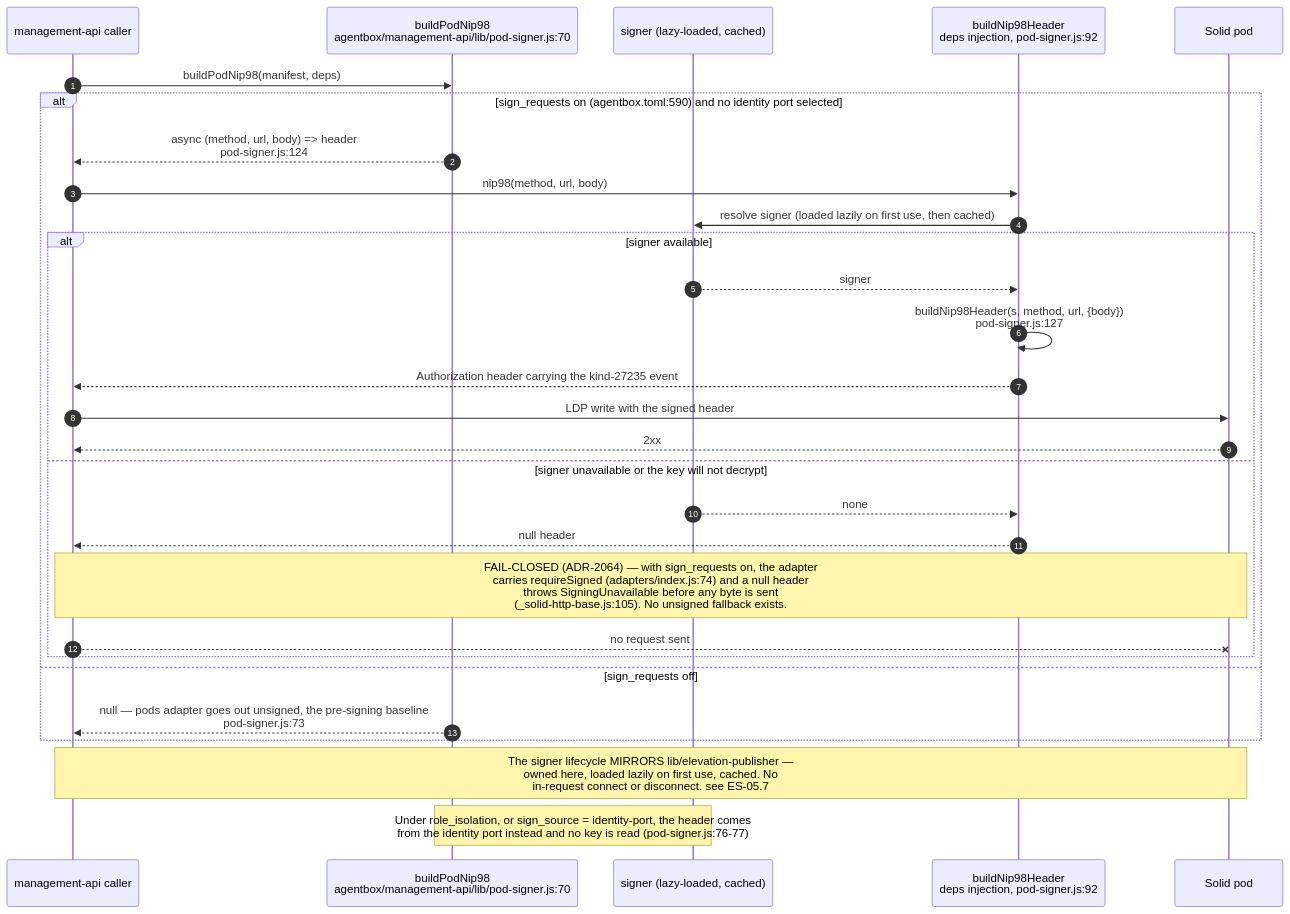
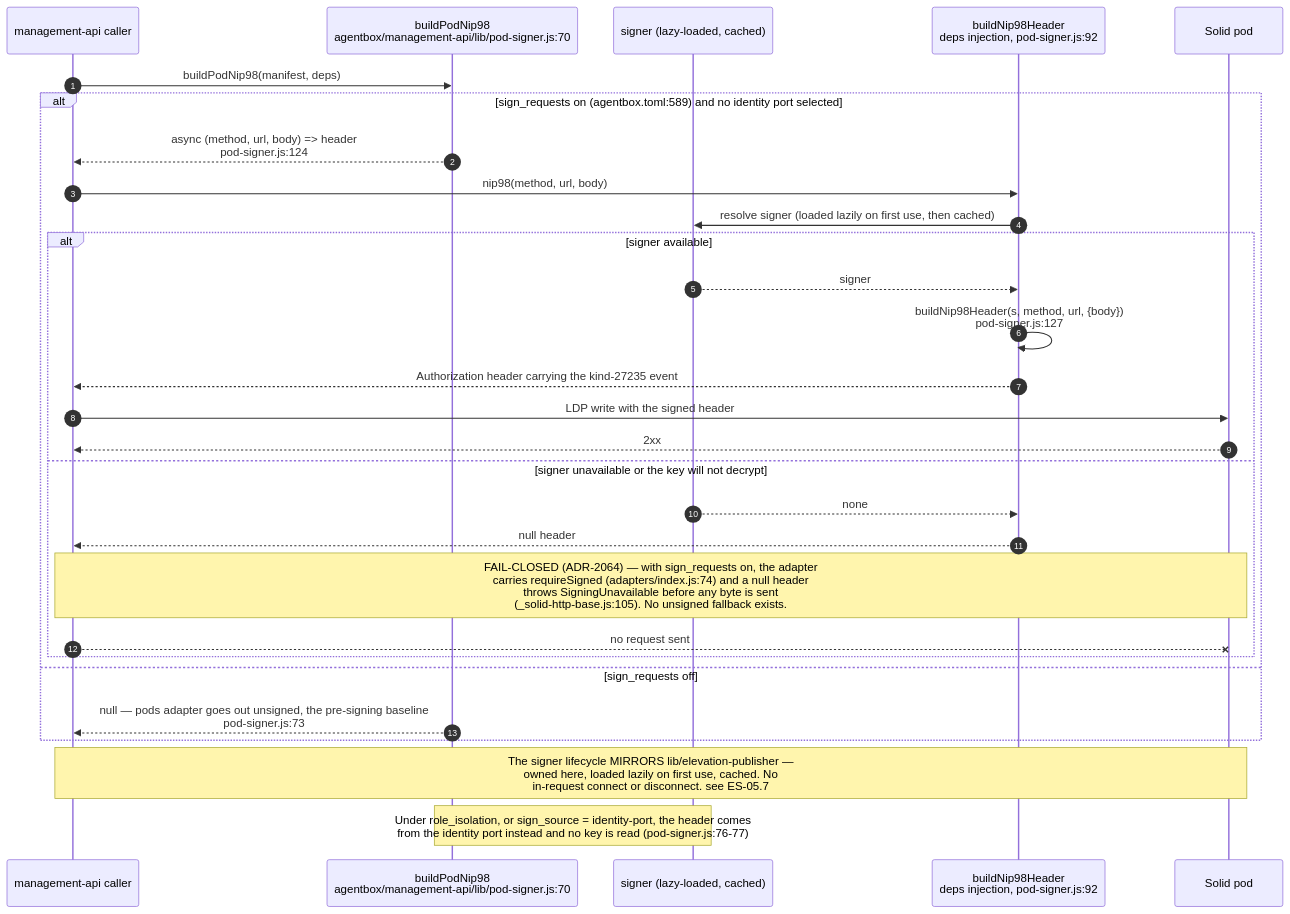
Before and after one commit to DreamLab-AI/VisionFlow: the third of 6 diagrams in docs/diagrams/estate/04-identity-mesh-did-nostr.md, drawn with Mermaid. The commit also changed other lines of this file and 6 other files, not shown here.

````diff
--- a/docs/diagrams/estate/04-identity-mesh-did-nostr.md
+++ b/docs/diagrams/estate/04-identity-mesh-did-nostr.md
@@ -162,32 +165,32 @@
 ```mermaid
 sequenceDiagram
     autonumber
     participant CALLER as management-api caller
     participant B as buildPodNip98<br/>agentbox/management-api/lib/pod-signer.js:70
     participant S as signer (lazy-loaded, cached)
     participant H as buildNip98Header<br/>deps injection, pod-signer.js:92
     participant POD as Solid pod
 
     CALLER->>B: buildPodNip98(manifest, deps)
-    alt sign_requests on (agentbox.toml:590) and no identity port selected
+    alt sign_requests on (agentbox.toml:589) and no identity port selected
         B-->>CALLER: async (method, url, body) => header<br/>pod-signer.js:124
         CALLER->>H: nip98(method, url, body)
         H->>S: resolve signer (loaded lazily on first use, then cached)
         alt signer available
             S-->>H: signer
             H->>H: buildNip98Header(s, method, url, {body})<br/>pod-signer.js:127
             H-->>CALLER: Authorization header carrying the kind-27235 event
             CALLER->>POD: LDP write with the signed header
             POD-->>CALLER: 2xx
         else signer unavailable or the key will not decrypt
             S-->>H: none
             H-->>CALLER: null header
             Note over CALLER,POD: FAIL-CLOSED (ADR-2064) — with sign_requests on, the adapter<br/>carries requireSigned (adapters/index.js:74) and a null header<br/>throws SigningUnavailable before any byte is sent<br/>(_solid-http-base.js:105). No unsigned fallback exists.
             CALLER--xPOD: no request sent
         end
     else sign_requests off
         B-->>CALLER: null — pods adapter goes out unsigned, the pre-signing baseline<br/>pod-signer.js:73
     end
     Note over CALLER,POD: The signer lifecycle MIRRORS lib/elevation-publisher —<br/>owned here, loaded lazily on first use, cached. No<br/>in-request connect or disconnect. see ES-05.7
     Note over B,S: Under role_isolation, or sign_source = identity-port, the header comes<br/>from the identity port instead and no key is read (pod-signer.js:76-77)
 ```
````
